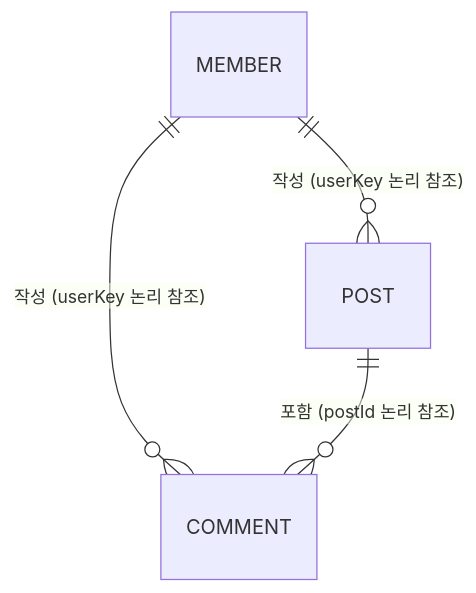
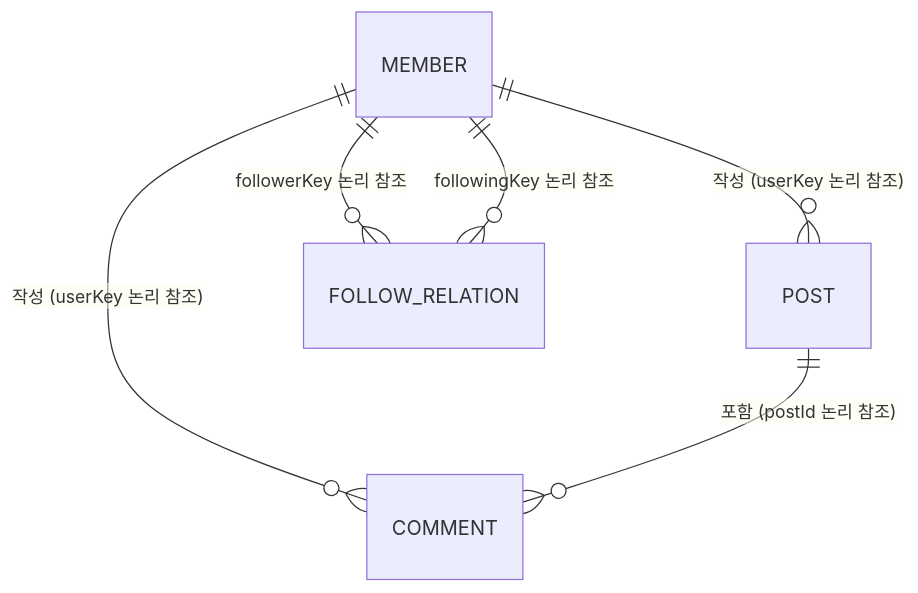
The first of 2 diagrams in .docs/domain-specification.md (f-lab-edu/pet-feed), drawn with Mermaid before and after one commit. The commit also changed other lines of this file and 28 other files, not shown here.

````diff
--- a/.docs/domain-specification.md
+++ b/.docs/domain-specification.md
@@ -22,6 +23,8 @@
 ```mermaid
 erDiagram
     MEMBER ||--o{ POST : "작성 (userKey 논리 참조)"
     MEMBER ||--o{ COMMENT : "작성 (userKey 논리 참조)"
     POST ||--o{ COMMENT : "포함 (postId 논리 참조)"
+    MEMBER ||--o{ FOLLOW_RELATION : "followerKey 논리 참조"
+    MEMBER ||--o{ FOLLOW_RELATION : "followingKey 논리 참조"
 ```
````
